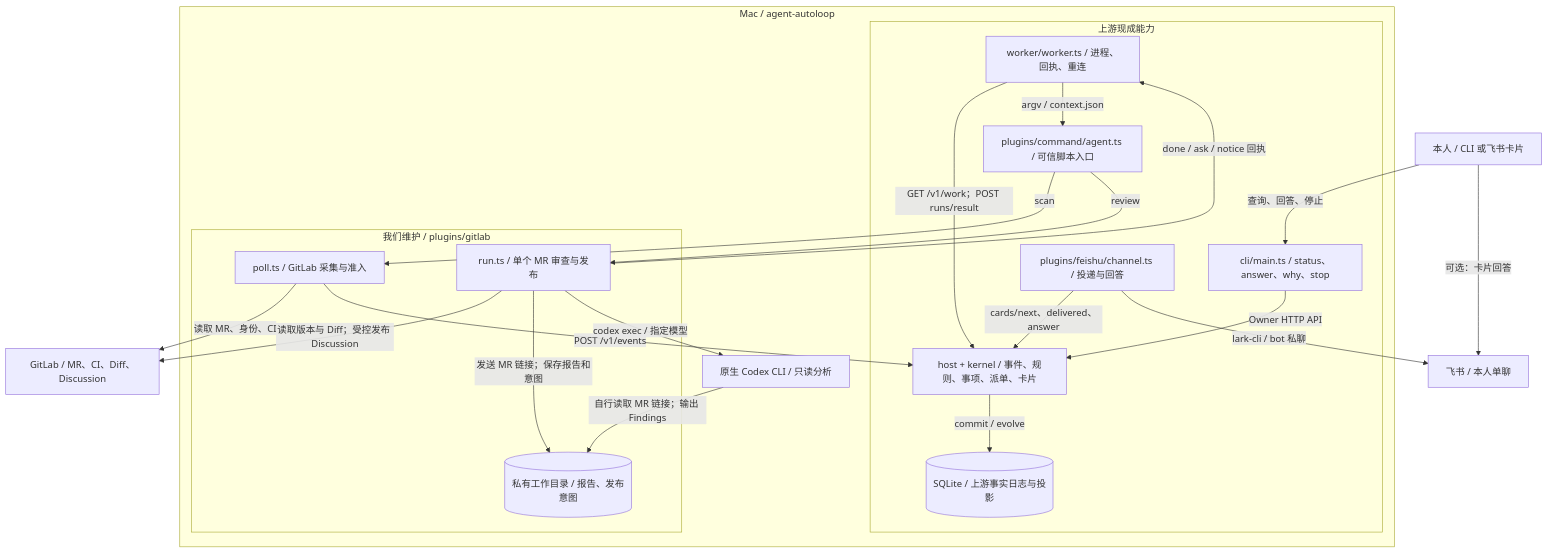
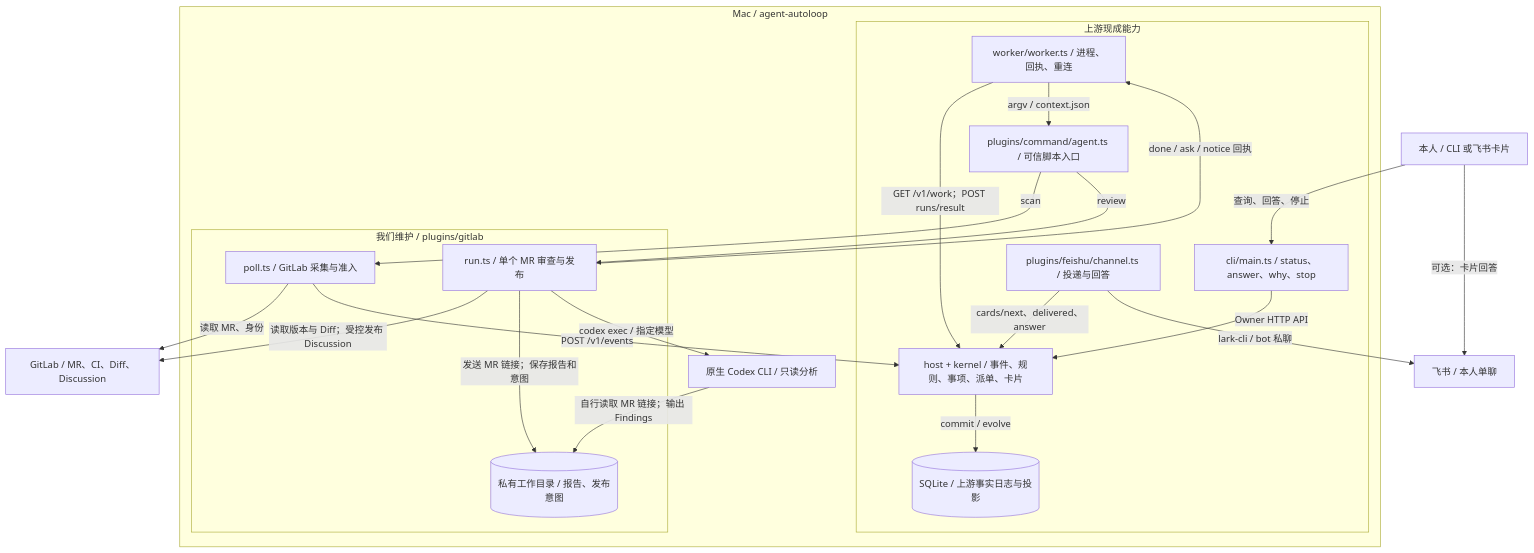
The third of 5 diagrams in docs/specs/local_agent_automation.md (OOSYOO/agent-autoloop), drawn with Mermaid before and after one commit. The commit also changed other lines of this file and 28 other files, not shown here.

````diff
--- a/docs/specs/local_agent_automation.md
+++ b/docs/specs/local_agent_automation.md
@@ -30,39 +184,39 @@
 ```mermaid
 flowchart TB
     U["本人 / CLI 或飞书卡片"]
     GL["GitLab / MR、CI、Diff、Discussion"]
     FS["飞书 / 本人单聊"]
     subgraph MAC["Mac / agent-autoloop"]
         subgraph UP["上游现成能力"]
             C["cli/main.ts / status、answer、why、stop"]
             H["host + kernel / 事件、规则、事项、派单、卡片"]
             DB[("SQLite / 上游事实日志与投影")]
             W["worker/worker.ts / 进程、回执、重连"]
             CMD["plugins/command/agent.ts / 可信脚本入口"]
             CH["plugins/feishu/channel.ts / 投递与回答"]
         end
         subgraph EXT["我们维护 / plugins/gitlab"]
             P["poll.ts / GitLab 采集与准入"]
             R["run.ts / 单个 MR 审查与发布"]
             D[("私有工作目录 / 报告、发布意图")]
         end
         X["原生 Codex CLI / 只读分析"]
     end
     U -->|"查询、回答、停止"| C
     C -->|"Owner HTTP API"| H
     W -->|"GET /v1/work；POST runs/result"| H
     H -->|"commit / evolve"| DB
     W -->|"argv / context.json"| CMD
     CMD -->|"scan"| P
     CMD -->|"review"| R
-    P -->|"读取 MR、身份、CI"| GL
+    P -->|"读取 MR、身份"| GL
     P -->|"POST /v1/events"| H
     R -->|"读取版本与 Diff；受控发布 Discussion"| GL
     R -->|"发送 MR 链接；保存报告和意图"| D
     R -->|"codex exec / 指定模型"| X
     X -->|"自行读取 MR 链接；输出 Findings"| D
     R -->|"done / ask / notice 回执"| W
     CH -->|"cards/next、delivered、answer"| H
     CH -->|"lark-cli / bot 私聊"| FS
     U -->|"可选：卡片回答"| FS
 ```
````
